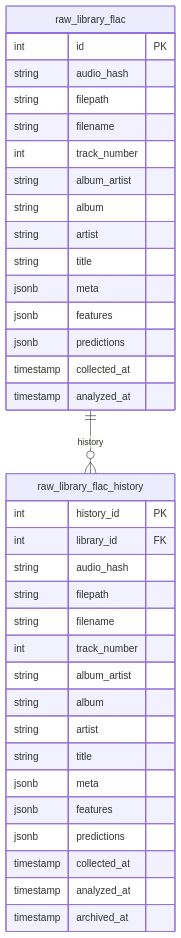
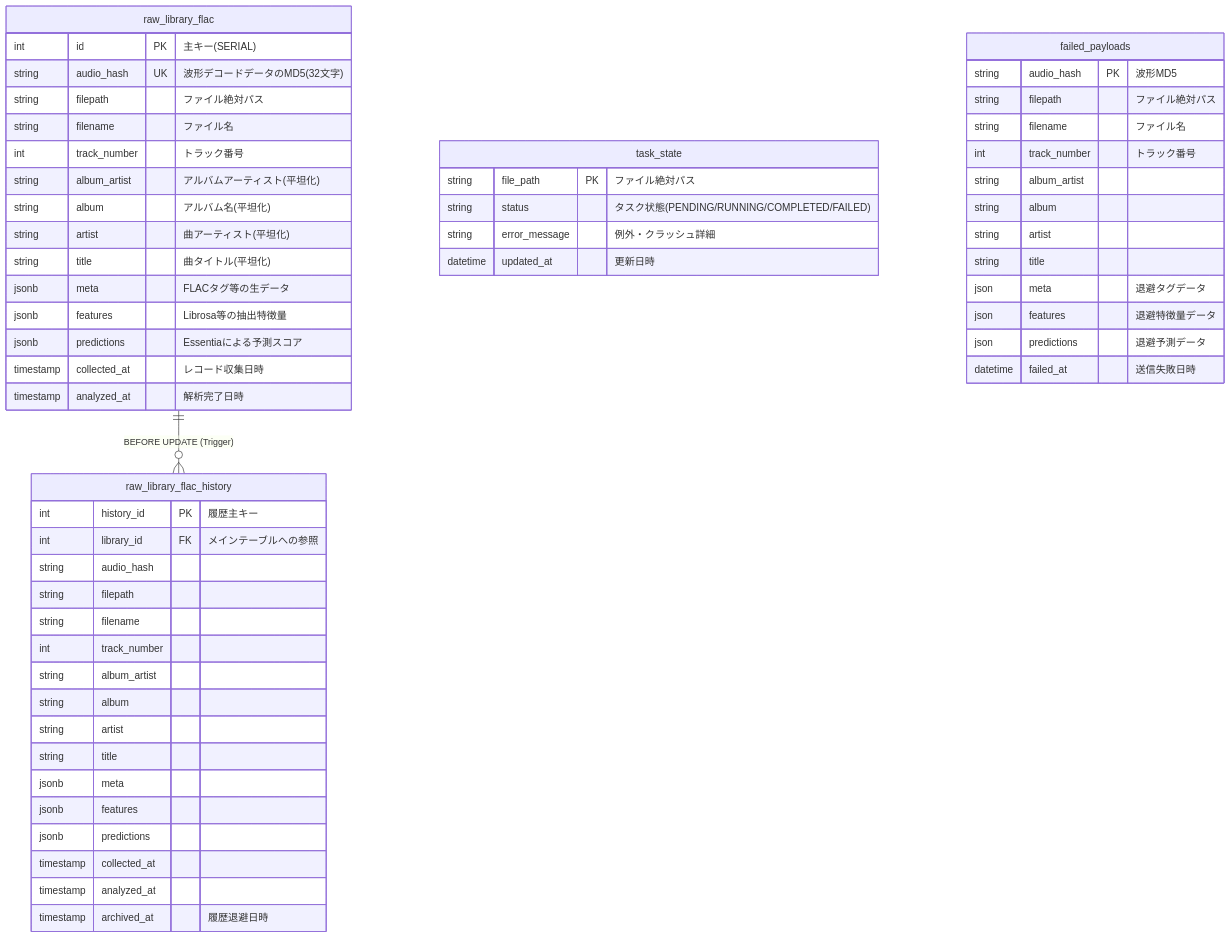
Before and after one commit to letwir/flac_analyzer_forwin: the second of 2 diagrams in README.md, drawn with Mermaid. The commit also changed other lines of this file and 6 other files, not shown here.

Commit message:
docs: Sync v0.9 roadmap issues, decisions, method, diary and history

````diff
--- a/README.md
+++ b/README.md
@@ -218,40 +142,65 @@
 ```mermaid
 erDiagram
-    raw_library_flac ||--o{ raw_library_flac_history : history
+    %% PostgreSQL Tables
+    raw_library_flac ||--o{ raw_library_flac_history : "BEFORE UPDATE (Trigger)"
     
     raw_library_flac {
-        int id PK
+        int id PK "主キー(SERIAL)"
+        string audio_hash UK "波形デコードデータのMD5(32文字)"
+        string filepath "ファイル絶対パス"
+        string filename "ファイル名"
+        int track_number "トラック番号"
+        string album_artist "アルバムアーティスト(平坦化)"
+        string album "アルバム名(平坦化)"
+        string artist "曲アーティスト(平坦化)"
+        string title "曲タイトル(平坦化)"
+        jsonb meta "FLACタグ等の生データ"
+        jsonb features "Librosa等の抽出特徴量"
+        jsonb predictions "Essentiaによる予測スコア"
+        timestamp collected_at "レコード収集日時"
+        timestamp analyzed_at "解析完了日時"
+    }
+
+    raw_library_flac_history {
+        int history_id PK "履歴主キー"
+        int library_id FK "メインテーブルへの参照"
         string audio_hash
         string filepath
         string filename
         int track_number
         string album_artist
         string album
         string artist
         string title
         jsonb meta
         jsonb features
         jsonb predictions
         timestamp collected_at
         timestamp analyzed_at
+        timestamp archived_at "履歴退避日時"
     }
 
-    raw_library_flac_history {
-        int history_id PK
-        int library_id FK
-        string audio_hash
-        string filepath
-        string filename
-        int track_number
+    %% SQLite Tables (Orchestrator State: orchestrator.db)
+    task_state {
+        string file_path PK "ファイル絶対パス"
+        string status "タスク状態(PENDING/RUNNING/COMPLETED/FAILED)"
+        string error_message "例外・クラッシュ詳細"
+        datetime updated_at "更新日時"
+    }
+
+    %% SQLite Tables (Dead Letter Queue: send_failed.db)
+    failed_payloads {
+        string audio_hash PK "波形MD5"
+        string filepath "ファイル絶対パス"
+        string filename "ファイル名"
+        int track_number "トラック番号"
         string album_artist
         string album
         string artist
         string title
-        jsonb meta
-        jsonb features
-        jsonb predictions
-        timestamp collected_at
-        timestamp analyzed_at
-        timestamp archived_at
+        json meta "退避タグデータ"
+        json features "退避特徴量データ"
+        json predictions "退避予測データ"
+        datetime failed_at "送信失敗日時"
     }
 ```
````
